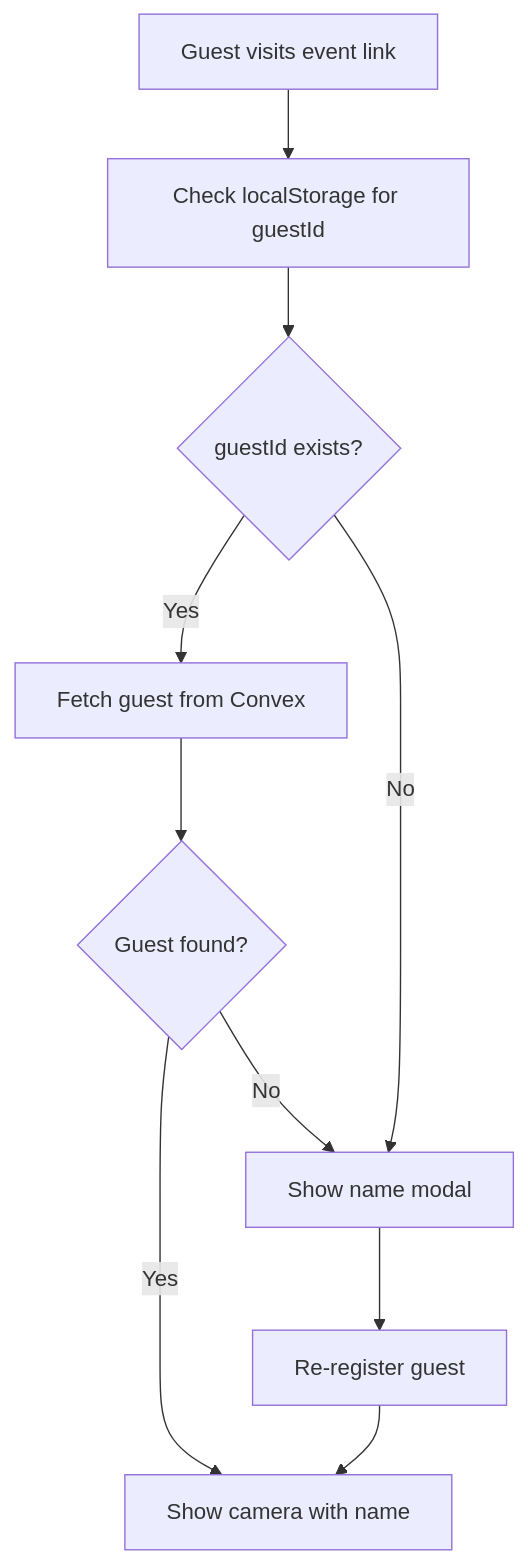
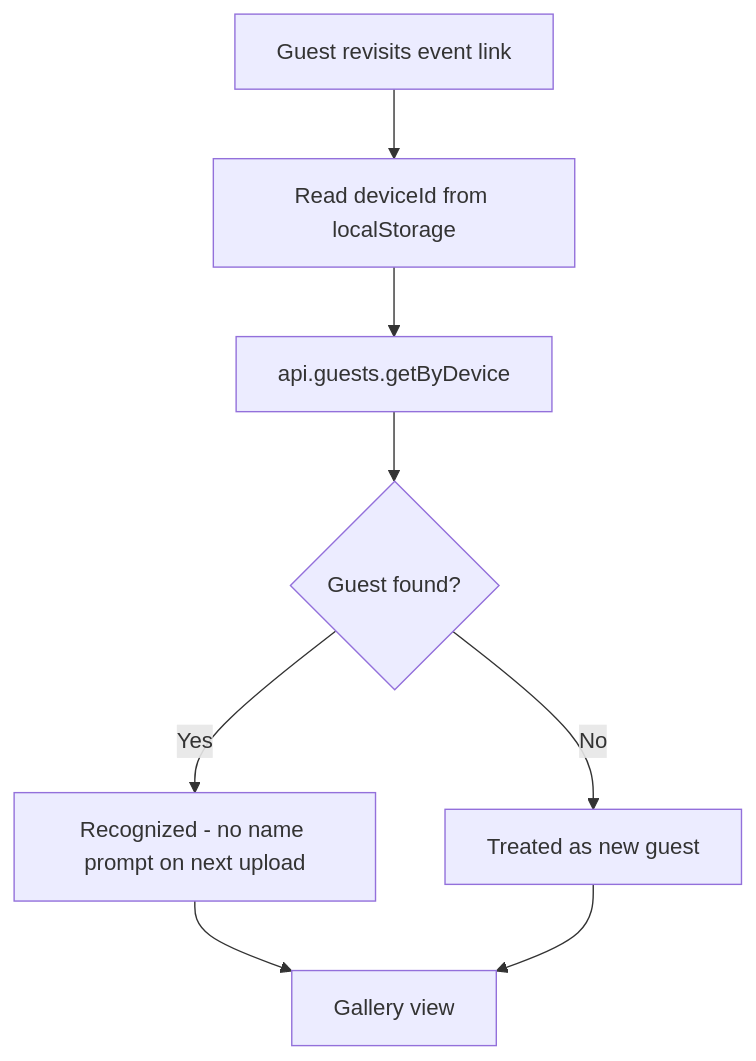
The third of 9 diagrams in docs/user-flows.md (nova-chrome/WeWitnessed), drawn with Mermaid before and after one commit. The commit also changed other lines of this file and 6 other files, not shown here.

````diff
--- a/docs/user-flows.md
+++ b/docs/user-flows.md
@@ -38,12 +49,10 @@
 ```mermaid
 flowchart TD
-    A[Guest visits event link] --> B[Check localStorage for guestId]
-    B --> C{guestId exists?}
-    C -->|Yes| D[Fetch guest from Convex]
-    D --> E{Guest found?}
-    E -->|Yes| F[Show camera with name]
-    E -->|No| G[Show name modal]
-    C -->|No| G
-    G --> H[Re-register guest]
-    H --> F
+    A[Guest revisits event link] --> B[Read deviceId from localStorage]
+    B --> C[api.guests.getByDevice]
+    C --> D{Guest found?}
+    D -->|Yes| E[Recognized - no name prompt on next upload]
+    D -->|No| F[Treated as new guest]
+    E --> G[Gallery view]
+    F --> G
 ```
````
